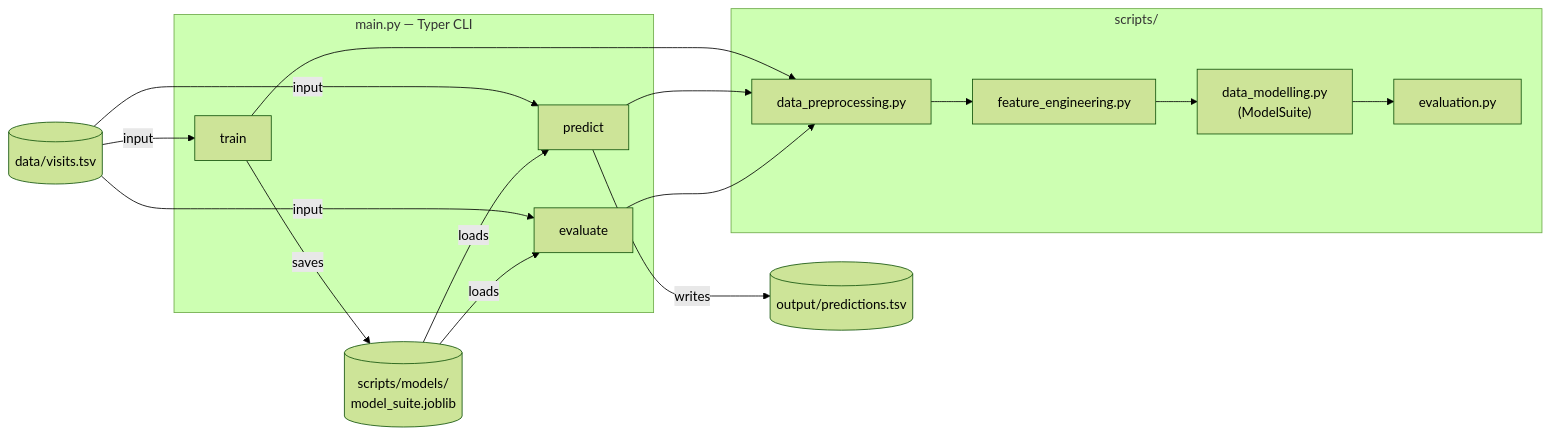
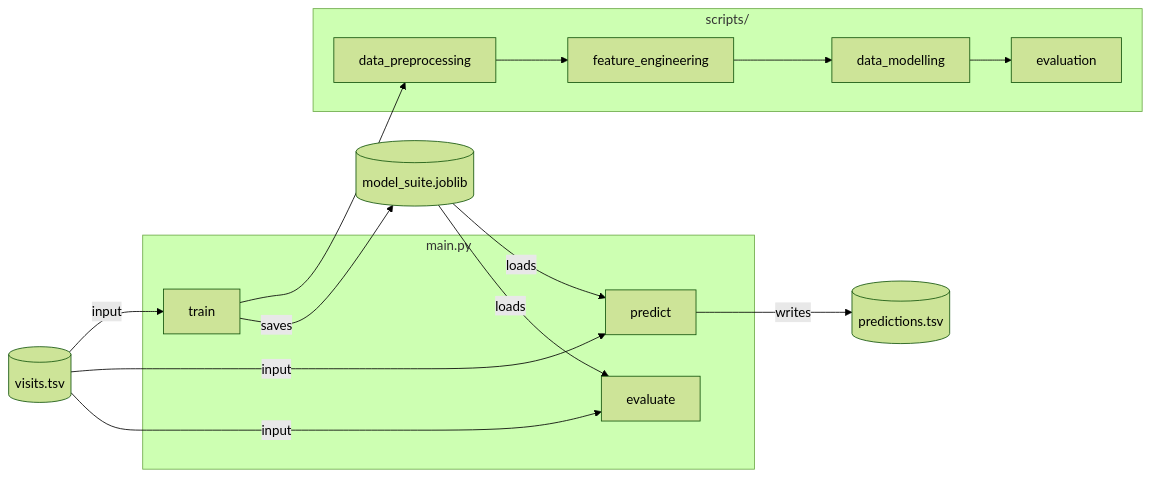
Before and after one commit to udit-asopa/data-science-assignment-nosto: the first of 9 diagrams in docs/06_diagrams.md, drawn with Mermaid (forest theme). The commit also changed other lines of this file and 1 other file, not shown here.

````diff
--- a/docs/06_diagrams.md
+++ b/docs/06_diagrams.md
@@ -14,34 +9,25 @@
 ```mermaid
 flowchart LR
-    TSV[("data/visits.tsv")]
-    SUITE[("scripts/models/\nmodel_suite.joblib")]
-    OUT[("output/predictions.tsv")]
+    TSV[("visits.tsv")]
+    SUITE[("model_suite.joblib")]
+    OUT[("predictions.tsv")]
 
-    subgraph CLI ["main.py — Typer CLI"]
+    subgraph CLI ["main.py"]
         TRAIN["train"]
         PREDICT["predict"]
         EVALUATE["evaluate"]
     end
 
     subgraph Scripts ["scripts/"]
-        PRE["data_preprocessing.py"]
-        FE["feature_engineering.py"]
-        MOD["data_modelling.py\n(ModelSuite)"]
-        EVAL["evaluation.py"]
+        PRE["data_preprocessing"]
+        FE["feature_engineering"]
+        MOD["data_modelling"]
+        EVAL["evaluation"]
     end
 
-    TSV -->|input| TRAIN
-    TSV -->|input| PREDICT
-    TSV -->|input| EVALUATE
-
-    TRAIN --> PRE --> FE --> MOD
-    MOD --> EVAL
+    TSV -->|input| TRAIN & PREDICT & EVALUATE
+    TRAIN --> PRE --> FE --> MOD --> EVAL
     TRAIN -->|saves| SUITE
-
-    SUITE -->|loads| PREDICT
-    PREDICT --> PRE
+    SUITE -->|loads| PREDICT & EVALUATE
     PREDICT -->|writes| OUT
-
-    SUITE -->|loads| EVALUATE
-    EVALUATE --> PRE
 ```
````
